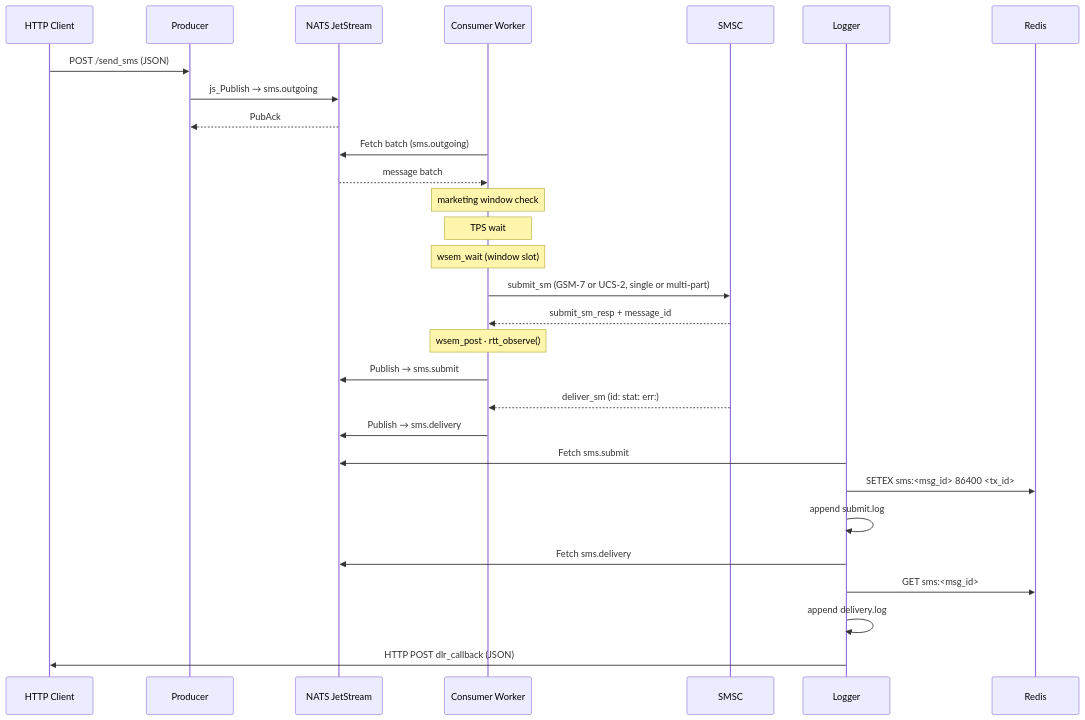
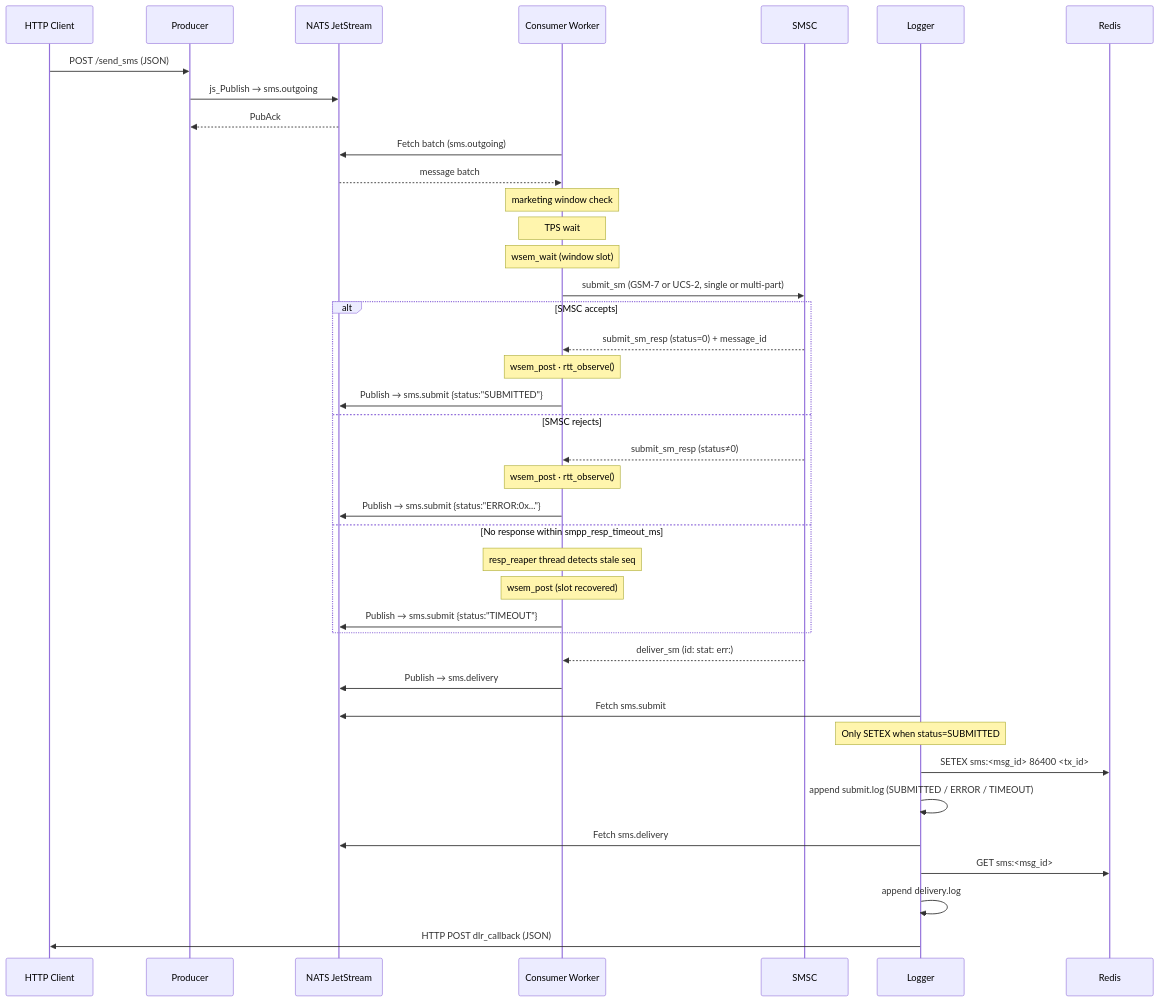
One commit to tahseenjamal/smpp_client_c changed the second of 3 diagrams in README.md. Above: the diagram before and after it, drawn with Mermaid. The commit also changed other lines of this file and 5 other files, not shown here.

````diff
--- a/README.md
+++ b/README.md
@@ -86,36 +86,47 @@
 ```mermaid
 sequenceDiagram
     participant C  as HTTP Client
     participant P  as Producer
     participant N  as NATS JetStream
     participant W  as Consumer Worker
     participant S  as SMSC
     participant L  as Logger
     participant R  as Redis
 
     C->>P: POST /send_sms (JSON)
     P->>N: js_Publish → sms.outgoing
     N-->>P: PubAck
 
     W->>N: Fetch batch (sms.outgoing)
     N-->>W: message batch
     Note over W: marketing window check
     Note over W: TPS wait
     Note over W: wsem_wait (window slot)
     W->>S: submit_sm (GSM-7 or UCS-2, single or multi-part)
-    S-->>W: submit_sm_resp + message_id
-    Note over W: wsem_post · rtt_observe()
-    W->>N: Publish → sms.submit
+    alt SMSC accepts
+        S-->>W: submit_sm_resp (status=0) + message_id
+        Note over W: wsem_post · rtt_observe()
+        W->>N: Publish → sms.submit  {status:"SUBMITTED"}
+    else SMSC rejects
+        S-->>W: submit_sm_resp (status≠0)
+        Note over W: wsem_post · rtt_observe()
+        W->>N: Publish → sms.submit  {status:"ERROR:0x..."}
+    else No response within smpp_resp_timeout_ms
+        Note over W: resp_reaper thread detects stale seq
+        Note over W: wsem_post (slot recovered)
+        W->>N: Publish → sms.submit  {status:"TIMEOUT"}
+    end
 
     S-->>W: deliver_sm (id: stat: err:)
     W->>N: Publish → sms.delivery
 
     L->>N: Fetch sms.submit
+    Note over L: Only SETEX when status=SUBMITTED
     L->>R: SETEX sms:<msg_id> 86400 <tx_id>
-    L->>L: append submit.log
+    L->>L: append submit.log  (SUBMITTED / ERROR / TIMEOUT)
 
     L->>N: Fetch sms.delivery
     L->>R: GET sms:<msg_id>
     L->>L: append delivery.log
     L->>C: HTTP POST dlr_callback (JSON)
 ```
````
